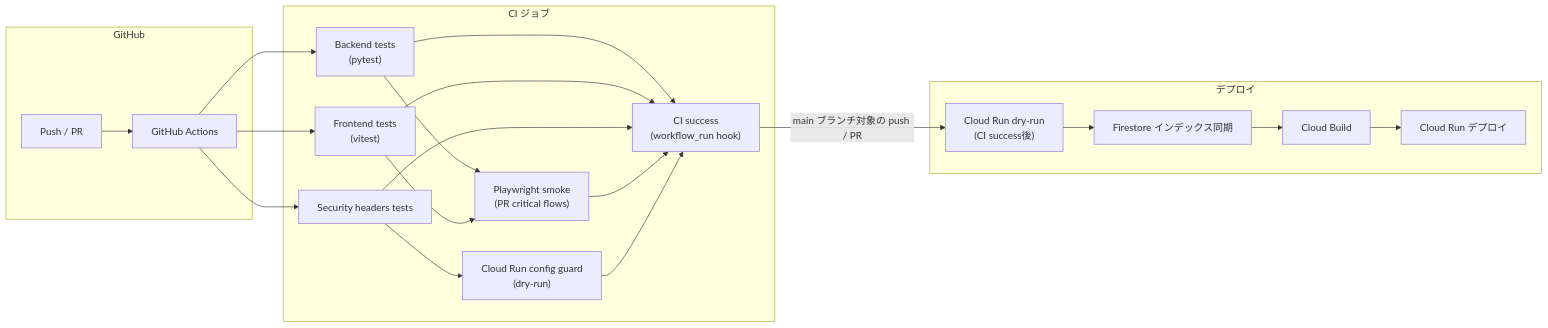
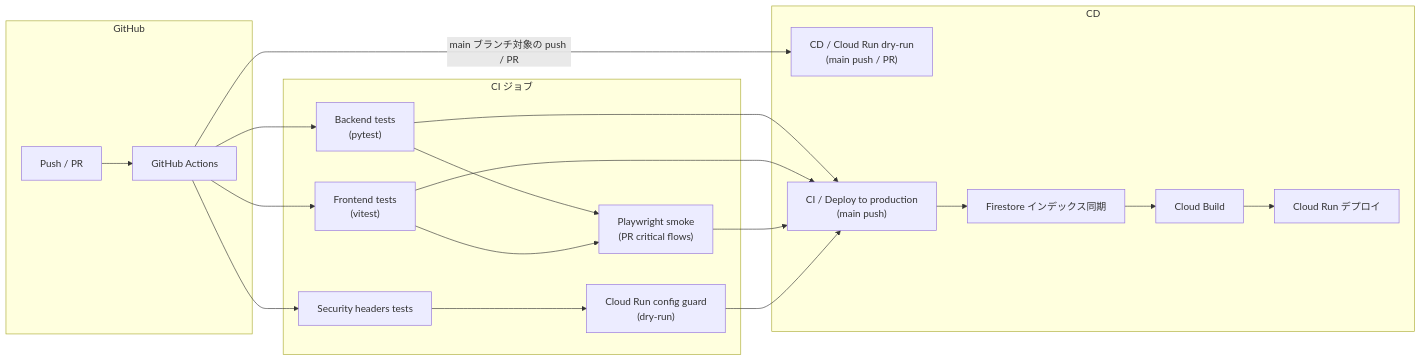
Before and after one commit to RiSEblackbird/wordpack-for-english: the third of 6 diagrams in docs/infrastructure.md, drawn with Mermaid. The commit also changed other lines of this file and 2 other files, not shown here.

Commit message:
CD dry-runをコミットチェックに表示

````diff
--- a/docs/infrastructure.md
+++ b/docs/infrastructure.md
@@ -118,40 +118,39 @@
 ```mermaid
 flowchart LR
     subgraph GitHub["GitHub"]
         Push["Push / PR"]
         Actions["GitHub Actions"]
     end
 
     subgraph CI["CI ジョブ"]
         BackendTest["Backend tests<br/>(pytest)"]
         SecurityTest["Security headers tests"]
         FrontendTest["Frontend tests<br/>(vitest)"]
         PlaywrightSmoke["Playwright smoke<br/>(PR critical flows)"]
         CloudRunGuard["Cloud Run config guard<br/>(dry-run)"]
-        CISuccess["CI success<br/>(workflow_run hook)"]
     end
 
-    subgraph Deploy["デプロイ"]
-        DryRun["Cloud Run dry-run<br/>(CI success後)"]
+    subgraph CD["CD"]
+        DryRun["CD / Cloud Run dry-run<br/>(main push / PR)"]
+        ProductionDeploy["CI / Deploy to production<br/>(main push)"]
         FirestoreIndex["Firestore インデックス同期"]
         CloudBuild["Cloud Build"]
         CloudRun["Cloud Run デプロイ"]
     end
 
     Push --> Actions
     Actions --> BackendTest
     Actions --> SecurityTest
     Actions --> FrontendTest
     BackendTest --> PlaywrightSmoke
     FrontendTest --> PlaywrightSmoke
     SecurityTest --> CloudRunGuard
-    BackendTest --> CISuccess
-    FrontendTest --> CISuccess
-    SecurityTest --> CISuccess
-    PlaywrightSmoke --> CISuccess
-    CloudRunGuard --> CISuccess
-    CISuccess -->|main ブランチ対象の push / PR| DryRun
-    DryRun --> FirestoreIndex
+    Actions -->|main ブランチ対象の push / PR| DryRun
+    BackendTest --> ProductionDeploy
+    FrontendTest --> ProductionDeploy
+    PlaywrightSmoke --> ProductionDeploy
+    CloudRunGuard --> ProductionDeploy
+    ProductionDeploy --> FirestoreIndex
     FirestoreIndex --> CloudBuild
     CloudBuild --> CloudRun
 ```
````
